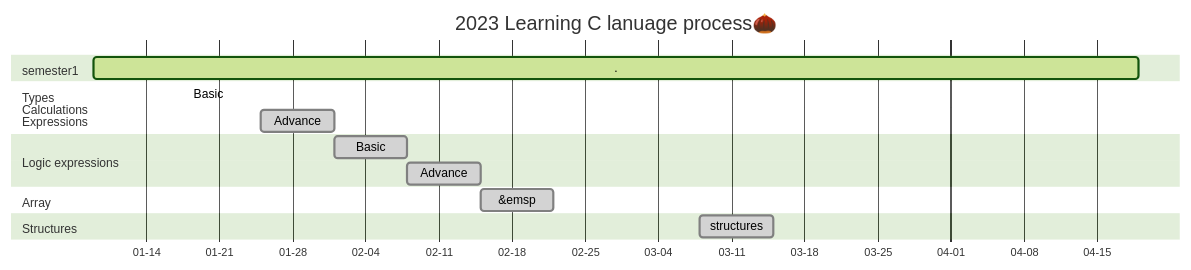
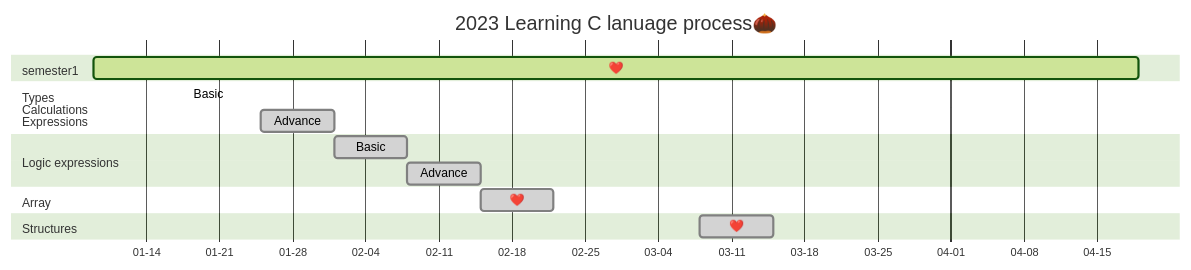
One commit to AimeeWen1992/Learning-C changed the diagram in README.md. Above: the diagram before and after it, drawn with Mermaid (forest theme).

````diff
--- a/README.md
+++ b/README.md
@@ -15,24 +15,24 @@
 ```mermaid
 gantt
 title 2023 Learning C lanuage process🌰 
 dateFormat YYYY-MM-DD
 axisFormat %m-%d
 section semester1
-        .            :active,01-09,100d
+        ❤️      :active,01-09,100d
 section Types<br />Calculations<br />Expressions
         Basic   :done,01-18,7
         Advance :done,01-25,7d
 
 section Logic expressions
         Basic   :done,des1,02-01,7d
         Advance :done,des2,after des1,7d
 
 section Array
-        &emsp:done,02-15,7d
+        ❤️ :done,02-15,7d
 
 section Structures
-        structures :done,03-08,7d
+        ❤️ :done,03-08,7d
 
 section Fountion
 
 ```
````
